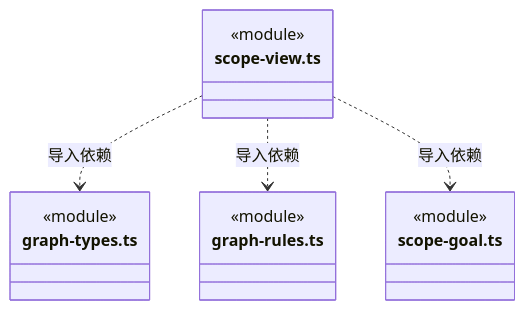
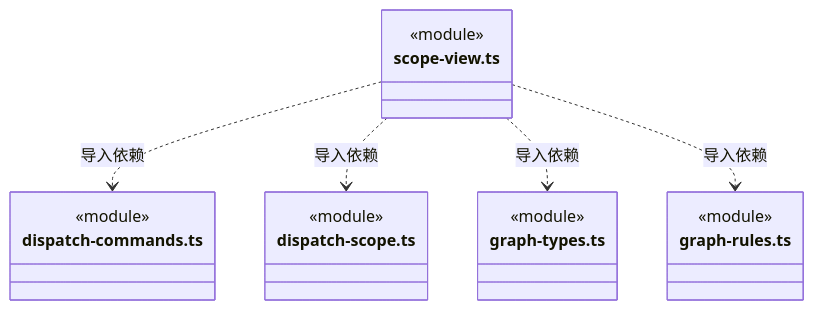
One commit to nan023062/cbim changed diagram 43 of 46 in src/backend/core/tasks/ARCHITECTURE.md. Above: the diagram before and after it, drawn with Mermaid. The commit also changed other lines of this file and 60 other files, not shown here.

````diff
--- a/src/backend/core/tasks/ARCHITECTURE.md
+++ b/src/backend/core/tasks/ARCHITECTURE.md
@@ -1063,18 +1097,22 @@
 ```mermaid
 classDiagram
 class N_src_backend_core_tasks_scope_view_ts["scope-view.ts"] {
+  <<module>>
+}
+class N_src_backend_core_tasks_dispatch_commands_ts["dispatch-commands.ts"] {
+  <<module>>
+}
+class N_src_backend_core_tasks_dispatch_scope_ts["dispatch-scope.ts"] {
   <<module>>
 }
 class N_src_backend_core_tasks_graph_types_ts["graph-types.ts"] {
   <<module>>
 }
 class N_src_backend_core_tasks_graph_rules_ts["graph-rules.ts"] {
   <<module>>
 }
-class N_src_backend_core_tasks_scope_goal_ts["scope-goal.ts"] {
-  <<module>>
-}
+N_src_backend_core_tasks_scope_view_ts ..> N_src_backend_core_tasks_dispatch_commands_ts : 导入依赖
+N_src_backend_core_tasks_scope_view_ts ..> N_src_backend_core_tasks_dispatch_scope_ts : 导入依赖
 N_src_backend_core_tasks_scope_view_ts ..> N_src_backend_core_tasks_graph_types_ts : 导入依赖
 N_src_backend_core_tasks_scope_view_ts ..> N_src_backend_core_tasks_graph_rules_ts : 导入依赖
-N_src_backend_core_tasks_scope_view_ts ..> N_src_backend_core_tasks_scope_goal_ts : 导入依赖
 ```
````
